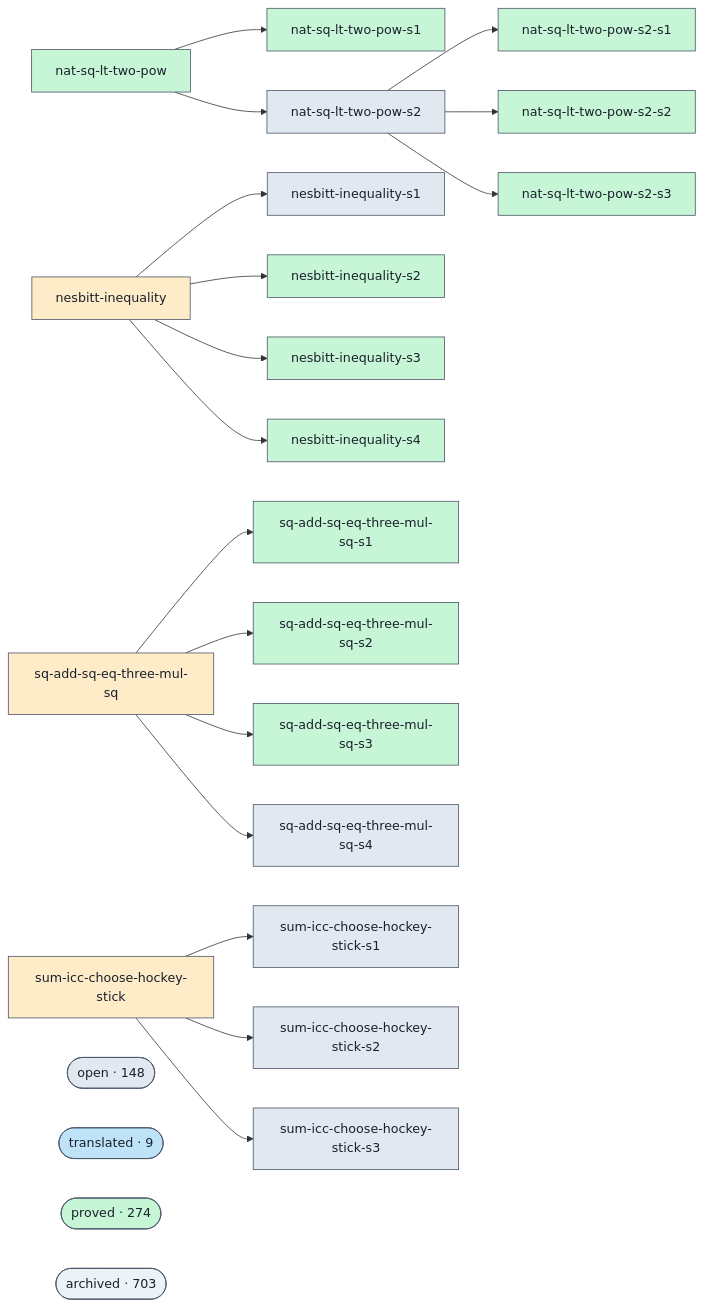
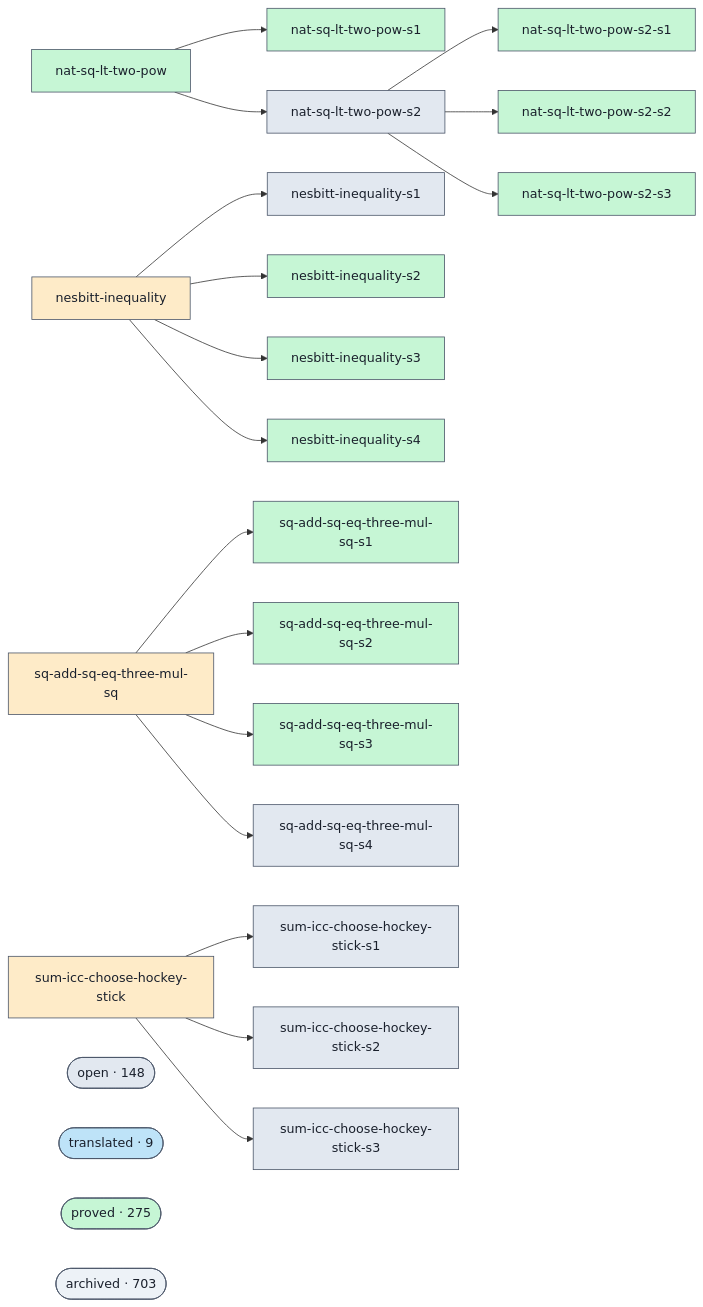
One commit to ohdearquant/unsorry changed the diagram in docs/proofs-contributors-visualisation.md. Above: the diagram before and after it, drawn with Mermaid. The commit also changed other lines of this file and 2 other files, not shown here.

```diff
--- a/docs/proofs-contributors-visualisation.md
+++ b/docs/proofs-contributors-visualisation.md
@@ -102,7 +102,7 @@
   class cluster_open open;
   cluster_translated(["translated · 9"])
   class cluster_translated translated;
-  cluster_proved(["proved · 274"])
+  cluster_proved(["proved · 275"])
   class cluster_proved proved;
   cluster_archived(["archived · 703"])
   class cluster_archived unknown;
```
